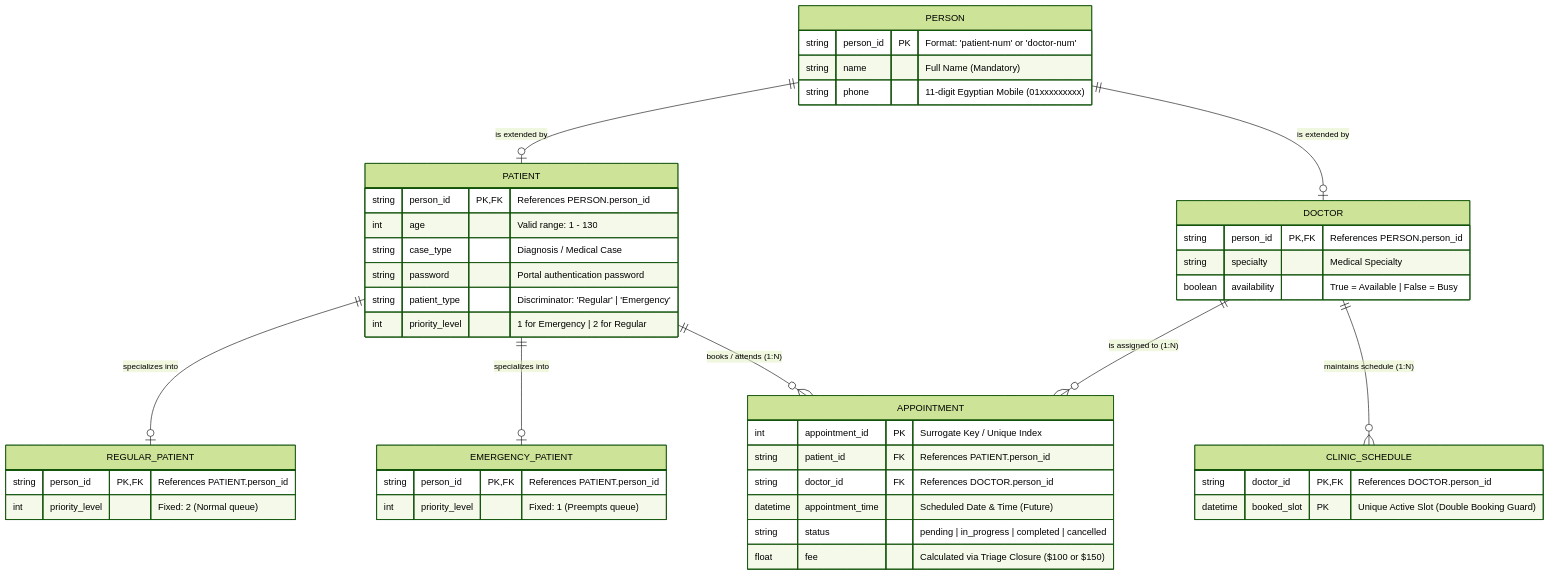
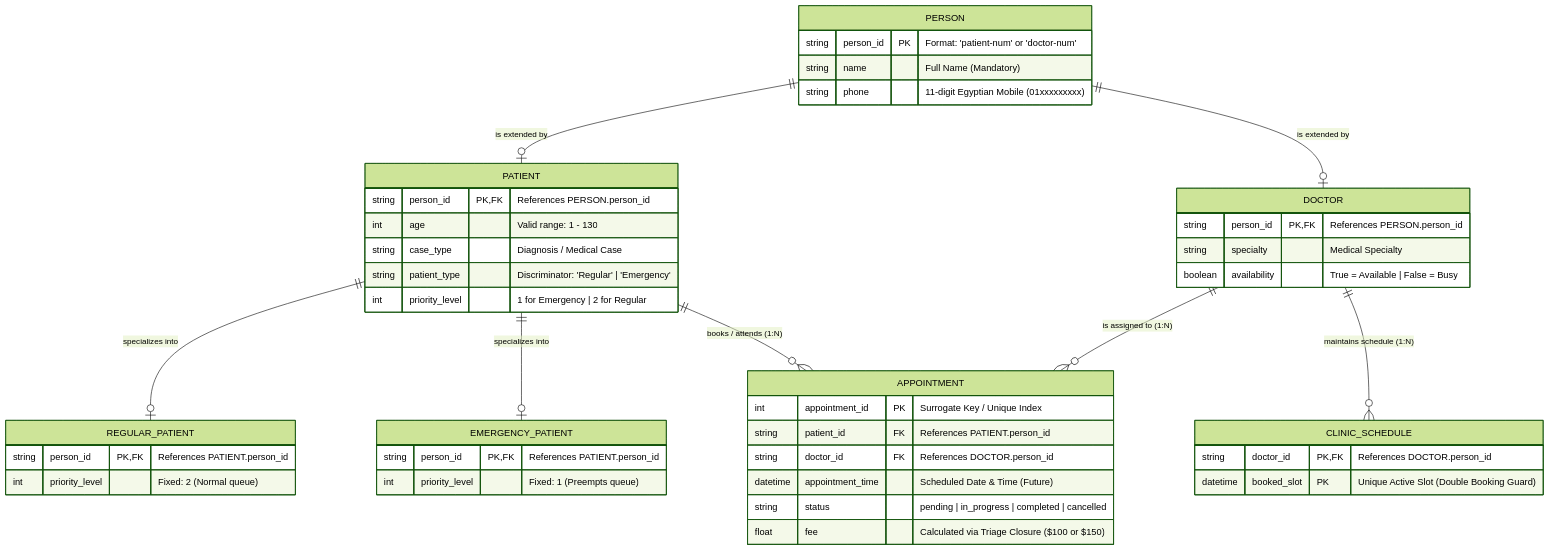
The first of 2 diagrams in ERD.md (mohamed-elhosary1/SIC-Smart-Clinic), drawn with Mermaid (forest theme) before and after one commit. The commit also changed other lines of this file and 5 other files, not shown here.

````diff
--- a/ERD.md
+++ b/ERD.md
@@ -5,58 +5,57 @@
 ```mermaid
 erDiagram
     PERSON {
         string person_id PK "Format: 'patient-num' or 'doctor-num'"
         string name "Full Name (Mandatory)"
         string phone "11-digit Egyptian Mobile (01xxxxxxxxx)"
     }
 
     PATIENT {
         string person_id PK, FK "References PERSON.person_id"
         int age "Valid range: 1 - 130"
         string case_type "Diagnosis / Medical Case"
-        string password "Portal authentication password"
         string patient_type "Discriminator: 'Regular' | 'Emergency'"
         int priority_level "1 for Emergency | 2 for Regular"
     }
 
     REGULAR_PATIENT {
         string person_id PK, FK "References PATIENT.person_id"
         int priority_level "Fixed: 2 (Normal queue)"
     }
 
     EMERGENCY_PATIENT {
         string person_id PK, FK "References PATIENT.person_id"
         int priority_level "Fixed: 1 (Preempts queue)"
     }
 
     DOCTOR {
         string person_id PK, FK "References PERSON.person_id"
         string specialty "Medical Specialty"
         boolean availability "True = Available | False = Busy"
     }
 
     APPOINTMENT {
         int appointment_id PK "Surrogate Key / Unique Index"
         string patient_id FK "References PATIENT.person_id"
         string doctor_id FK "References DOCTOR.person_id"
         datetime appointment_time "Scheduled Date & Time (Future)"
         string status "pending | in_progress | completed | cancelled"
         float fee "Calculated via Triage Closure ($100 or $150)"
     }
 
     CLINIC_SCHEDULE {
         string doctor_id PK, FK "References DOCTOR.person_id"
         datetime booked_slot PK "Unique Active Slot (Double Booking Guard)"
     }
 
     %% Inheritance / Subtyping relationships (Class Table Inheritance)
     PERSON ||--o| PATIENT : "is extended by"
     PERSON ||--o| DOCTOR : "is extended by"
     PATIENT ||--o| REGULAR_PATIENT : "specializes into"
     PATIENT ||--o| EMERGENCY_PATIENT : "specializes into"
 
     %% Operational Relationships
     PATIENT ||--o{ APPOINTMENT : "books / attends (1:N)"
     DOCTOR ||--o{ APPOINTMENT : "is assigned to (1:N)"
     DOCTOR ||--o{ CLINIC_SCHEDULE : "maintains schedule (1:N)"
 ```
````
